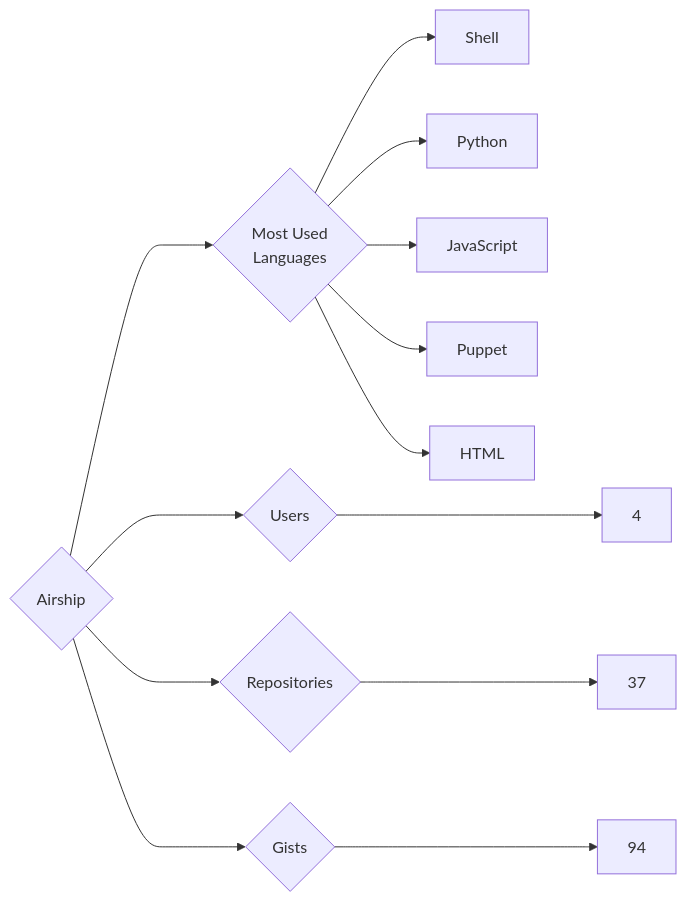
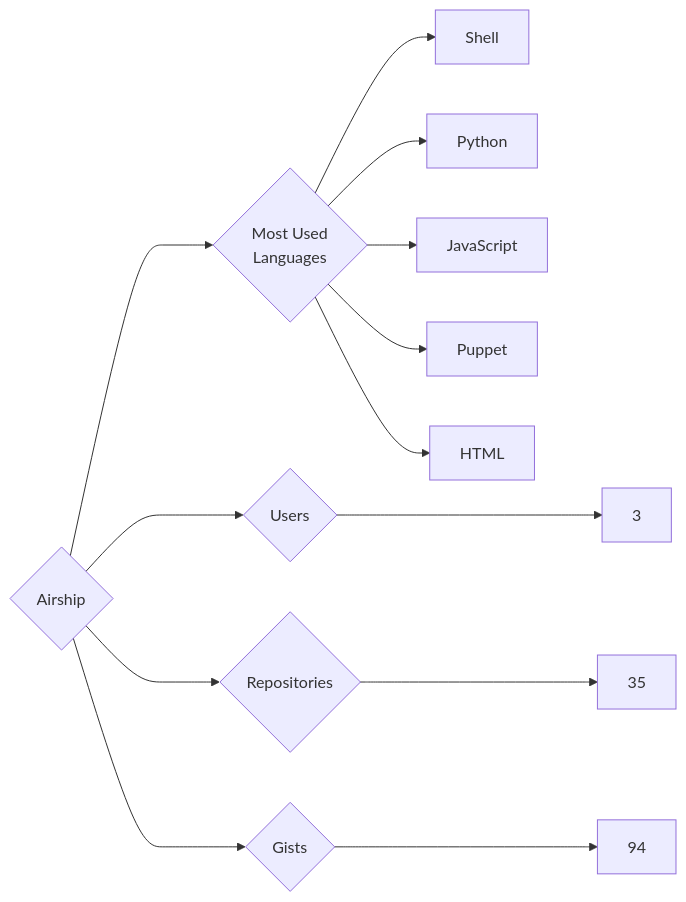
One commit to trickest/insiders changed the diagram in targets/Airship/README.md. Above: the diagram before and after it, drawn with Mermaid. The commit also changed 985 other files, not shown here.

````diff
--- a/targets/Airship/README.md
+++ b/targets/Airship/README.md
@@ -3,13 +3,13 @@
 ```mermaid
 graph LR
 COMPANY_NAME{Airship}
-COMPANY_NAME ---> U{Users} ---> UN[4]
-COMPANY_NAME ---> R{Repositories} ---> RN[37]
+COMPANY_NAME ---> U{Users} ---> UN[3]
+COMPANY_NAME ---> R{Repositories} ---> RN[35]
 COMPANY_NAME ---> G{Gists} ---> GN[94]
 COMPANY_NAME ---> ML{Most Used<br>Languages}
 ML --> Shell[Shell]
 ML --> Python[Python]
 ML --> JavaScript[JavaScript]
 ML --> Puppet[Puppet]
 ML --> HTML[HTML]
 ```
````
